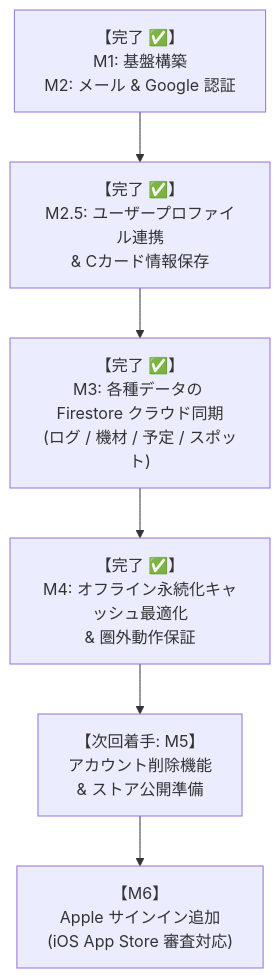
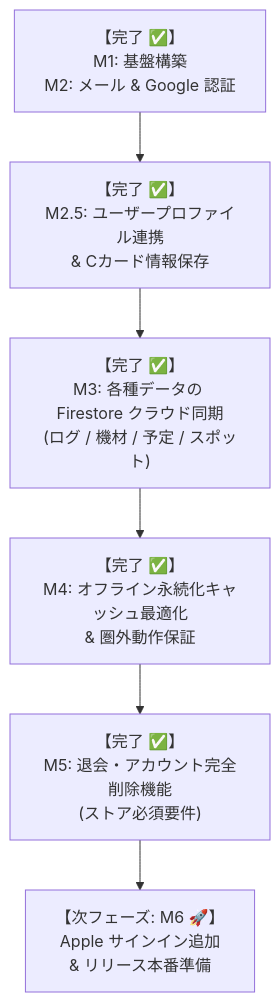
The fourth of 4 diagrams in docs/plans/account_and_backend_plan.md (LiFE-124C41/scuba-life), drawn with Mermaid before and after one commit. The commit also changed other lines of this file and 14 other files, not shown here.

````diff
--- a/docs/plans/account_and_backend_plan.md
+++ b/docs/plans/account_and_backend_plan.md
@@ -368,8 +390,8 @@
 ```mermaid
 flowchart TD
     M1_M2["【完了 ✅】<br>M1: 基盤構築<br>M2: メール & Google 認証"] --> M2_5["【完了 ✅】<br>M2.5: ユーザープロファイル連携<br>& Cカード情報保存"]
     M2_5 --> M3["【完了 ✅】<br>M3: 各種データの Firestore クラウド同期<br>(ログ / 機材 / 予定 / スポット)"]
     M3 --> M4["【完了 ✅】<br>M4: オフライン永続化キャッシュ最適化<br>& 圏外動作保証"]
-    M4 --> M5["【次回着手: M5】<br>アカウント削除機能<br>& ストア公開準備"]
-    M5 --> M6["【M6】<br>Apple サインイン追加<br>(iOS App Store 審査対応)"]
+    M4 --> M5["【完了 ✅】<br>M5: 退会・アカウント完全削除機能<br>(ストア必須要件)"]
+    M5 --> M6["【次フェーズ: M6 🚀】<br>Apple サインイン追加<br>& リリース本番準備"]
 ```
````
